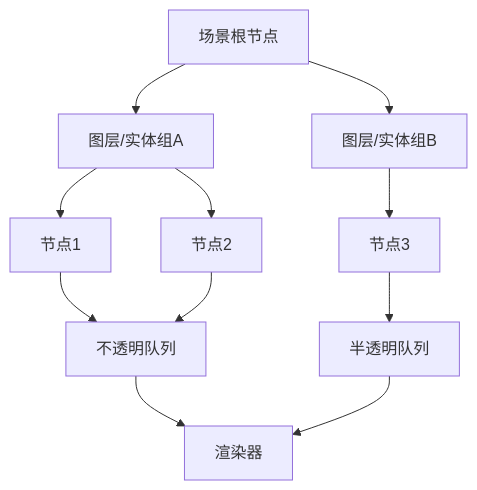
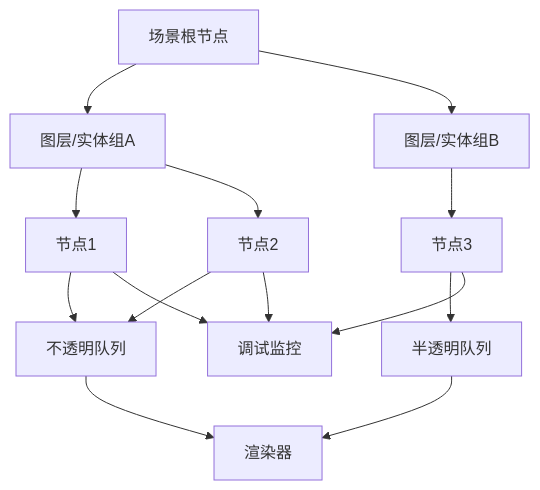
One commit to rzhangjing/cesium changed the sixth of 8 diagrams in .qoder/repowiki/zh/content/场景管理/场景核心架构.md. Above: the diagram before and after it, drawn with Mermaid. The commit also changed other lines of this file and 52 other files, not shown here.

````diff
--- a/.qoder/repowiki/zh/content/场景管理/场景核心架构.md
+++ b/.qoder/repowiki/zh/content/场景管理/场景核心架构.md
@@ -226,13 +293,16 @@
 ```mermaid
 graph TB
 Root["场景根节点"] --> LayerA["图层/实体组A"]
 Root --> LayerB["图层/实体组B"]
 LayerA --> Node1["节点1"]
 LayerA --> Node2["节点2"]
 LayerB --> Node3["节点3"]
 Node1 --> QueueOpaque["不透明队列"]
 Node2 --> QueueOpaque
 Node3 --> QueueTranslucent["半透明队列"]
 QueueOpaque --> Renderer["渲染器"]
 QueueTranslucent --> Renderer
+Node1 --> Debug["调试监控"]
+Node2 --> Debug
+Node3 --> Debug
 ```
````
